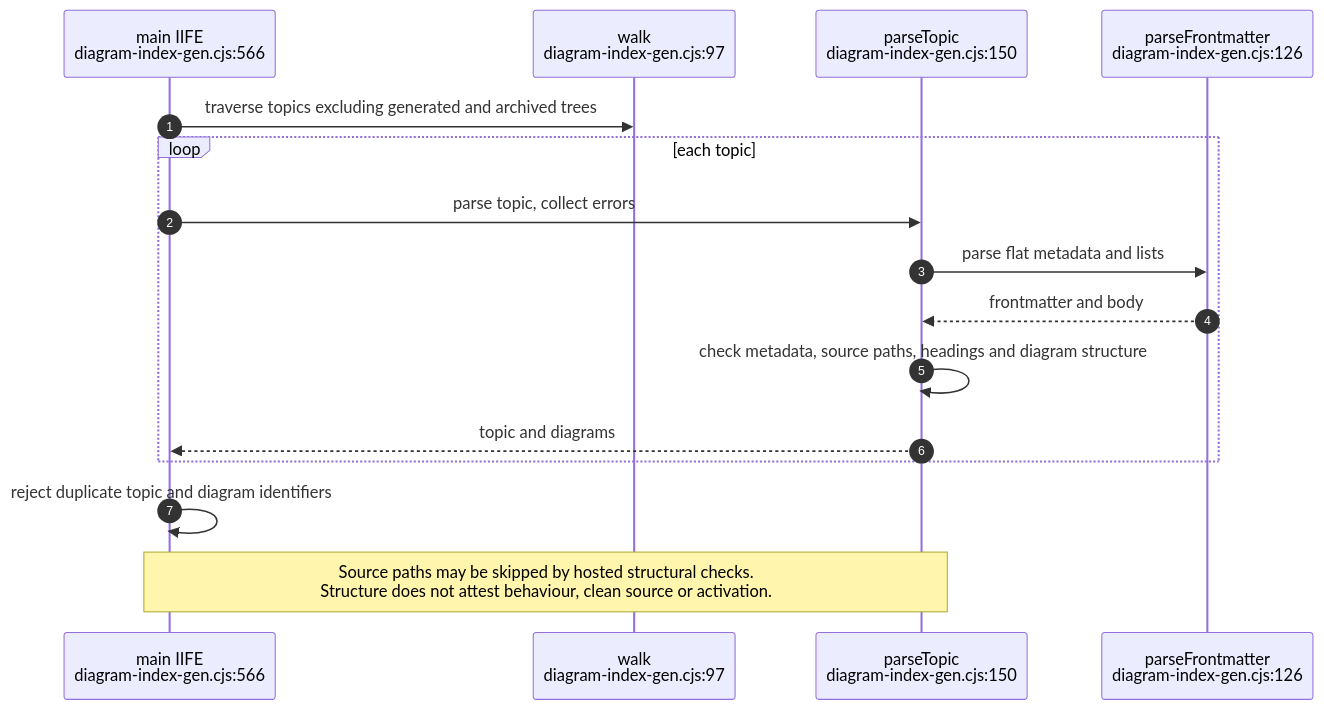
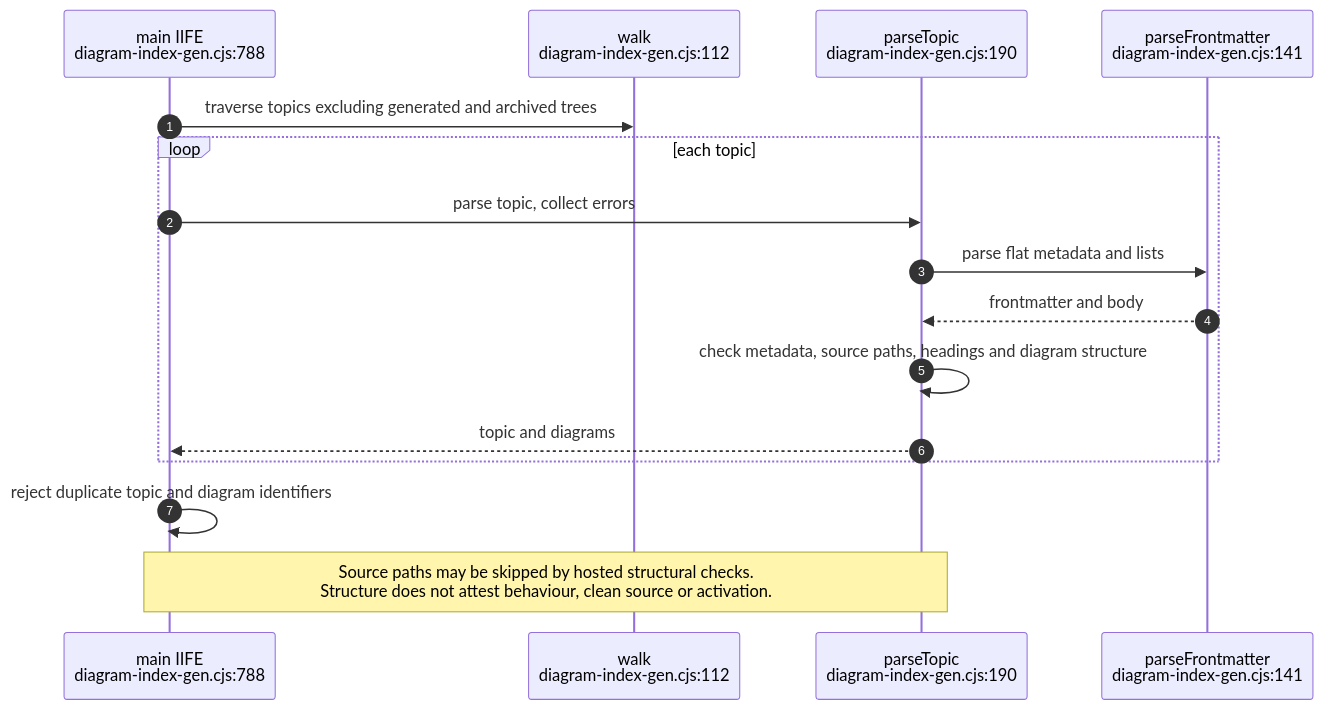
Before and after one commit to DreamLab-AI/VisionFlow: the eighth of 14 diagrams in docs/diagrams/visionflow/06-diagram-tooling.md, drawn with Mermaid. The commit also changed other lines of this file and 136 other files, not shown here.

First line of the commit message:
docs(diagrams): refresh the whole corpus to code HEAD and prune low-value diagrams

````diff
--- a/docs/diagrams/visionflow/06-diagram-tooling.md
+++ b/docs/diagrams/visionflow/06-diagram-tooling.md
@@ -283,18 +288,18 @@
 ```mermaid
 sequenceDiagram
     autonumber
-    participant CLI as main IIFE<br/>diagram-index-gen.cjs:566
-    participant W as walk<br/>diagram-index-gen.cjs:97
-    participant P as parseTopic<br/>diagram-index-gen.cjs:150
-    participant F as parseFrontmatter<br/>diagram-index-gen.cjs:126
+    participant CLI as main IIFE<br/>diagram-index-gen.cjs:788
+    participant W as walk<br/>diagram-index-gen.cjs:112
+    participant P as parseTopic<br/>diagram-index-gen.cjs:190
+    participant F as parseFrontmatter<br/>diagram-index-gen.cjs:141
     CLI->>W: traverse topics excluding generated and archived trees
     loop each topic
         CLI->>P: parse topic, collect errors
         P->>F: parse flat metadata and lists
         F-->>P: frontmatter and body
         P->>P: check metadata, source paths, headings and diagram structure
         P-->>CLI: topic and diagrams
     end
     CLI->>CLI: reject duplicate topic and diagram identifiers
     Note over CLI,P: Source paths may be skipped by hosted structural checks.<br/>Structure does not attest behaviour, clean source or activation.
 ```
````
